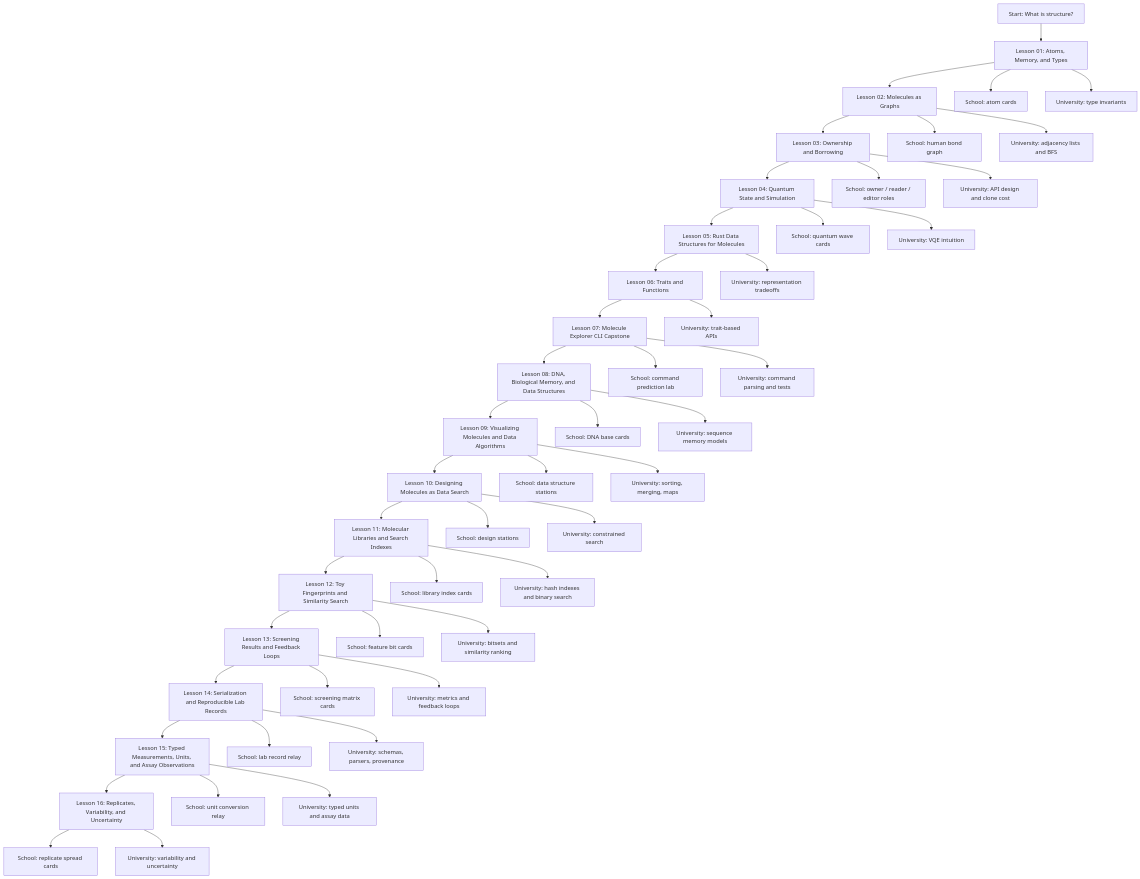
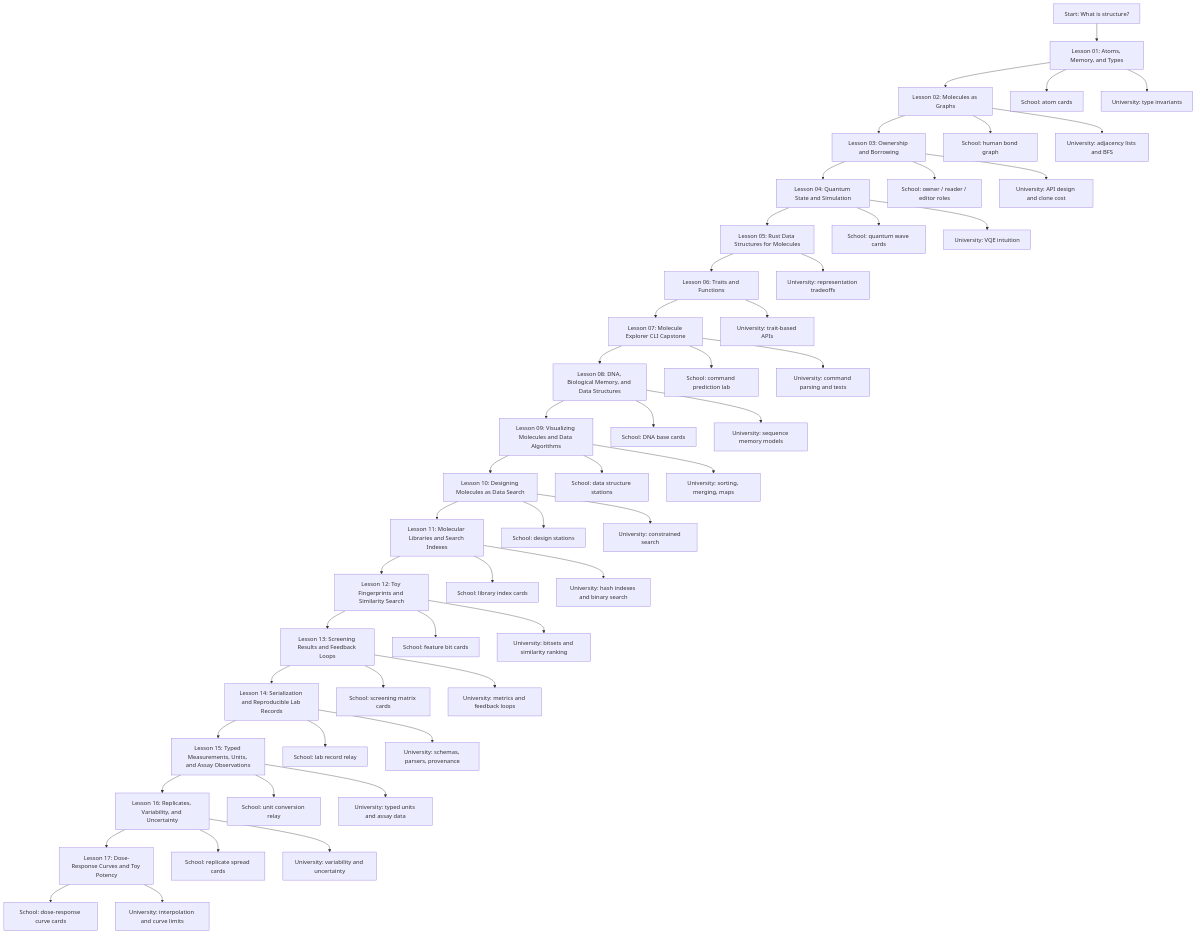
Before and after one commit to shastaratech/bio-memory-rust-lab: the diagram in visuals/mermaid/course-map.md, drawn with Mermaid. The commit also changed 21 other files, not shown here.

Commit message:
feat: add dose response lesson

````diff
--- a/visuals/mermaid/course-map.md
+++ b/visuals/mermaid/course-map.md
@@ -9,51 +9,54 @@
 ```mermaid
 flowchart TD
     A["Start: What is structure?"] --> B["Lesson 01: Atoms, Memory, and Types"]
     B --> C["Lesson 02: Molecules as Graphs"]
     C --> D["Lesson 03: Ownership and Borrowing"]
     D --> E["Lesson 04: Quantum State and Simulation"]
     E --> F["Lesson 05: Rust Data Structures for Molecules"]
     F --> G["Lesson 06: Traits and Functions"]
     G --> H["Lesson 07: Molecule Explorer CLI Capstone"]
     H --> I["Lesson 08: DNA, Biological Memory, and Data Structures"]
     I --> J["Lesson 09: Visualizing Molecules and Data Algorithms"]
     J --> K["Lesson 10: Designing Molecules as Data Search"]
     K --> L["Lesson 11: Molecular Libraries and Search Indexes"]
     L --> M["Lesson 12: Toy Fingerprints and Similarity Search"]
     M --> N["Lesson 13: Screening Results and Feedback Loops"]
     N --> O["Lesson 14: Serialization and Reproducible Lab Records"]
     O --> P["Lesson 15: Typed Measurements, Units, and Assay Observations"]
     P --> Q["Lesson 16: Replicates, Variability, and Uncertainty"]
+    Q --> R["Lesson 17: Dose-Response Curves and Toy Potency"]
 
     B --> S1["School: atom cards"]
     C --> S2["School: human bond graph"]
     D --> S3["School: owner / reader / editor roles"]
     E --> S4["School: quantum wave cards"]
     H --> S7["School: command prediction lab"]
     I --> S8["School: DNA base cards"]
     J --> S9["School: data structure stations"]
     K --> S10["School: design stations"]
     L --> S11["School: library index cards"]
     M --> S12["School: feature bit cards"]
     N --> S13["School: screening matrix cards"]
     O --> S14["School: lab record relay"]
     P --> S15["School: unit conversion relay"]
     Q --> S16["School: replicate spread cards"]
+    R --> S17["School: dose-response curve cards"]
 
     B --> U1["University: type invariants"]
     C --> U2["University: adjacency lists and BFS"]
     D --> U3["University: API design and clone cost"]
     E --> U4["University: VQE intuition"]
     F --> U5["University: representation tradeoffs"]
     G --> U6["University: trait-based APIs"]
     H --> U7["University: command parsing and tests"]
     I --> U8["University: sequence memory models"]
     J --> U9["University: sorting, merging, maps"]
     K --> U10["University: constrained search"]
     L --> U11["University: hash indexes and binary search"]
     M --> U12["University: bitsets and similarity ranking"]
     N --> U13["University: metrics and feedback loops"]
     O --> U14["University: schemas, parsers, provenance"]
     P --> U15["University: typed units and assay data"]
     Q --> U16["University: variability and uncertainty"]
+    R --> U17["University: interpolation and curve limits"]
 ```
````
